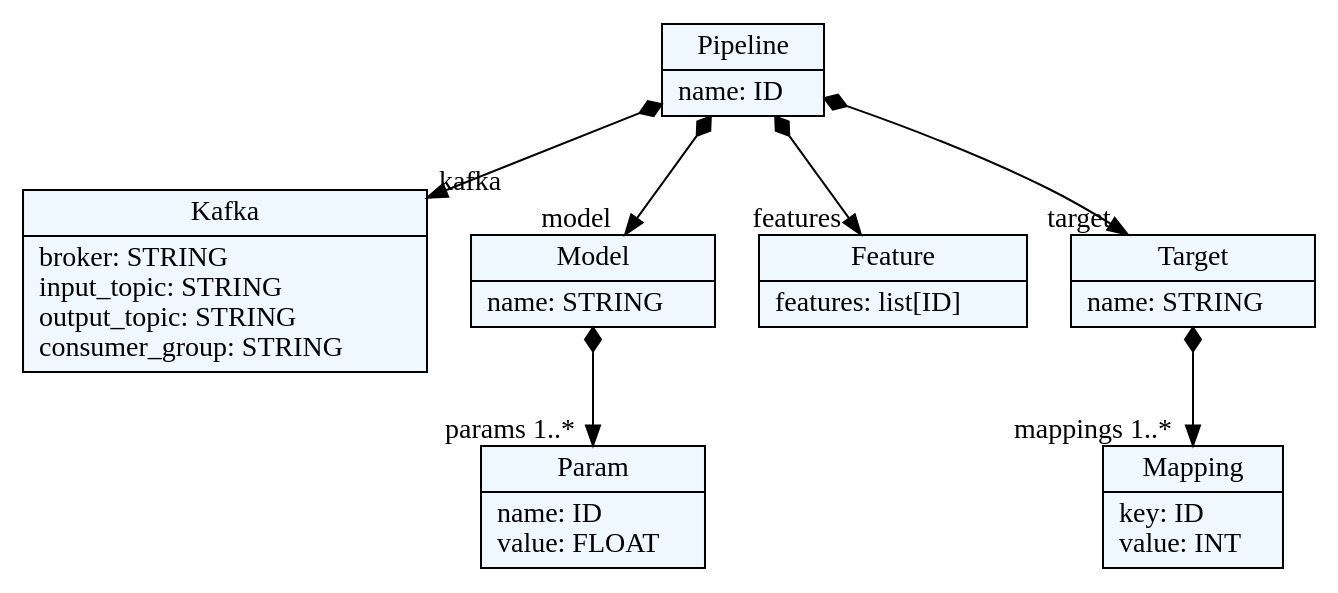
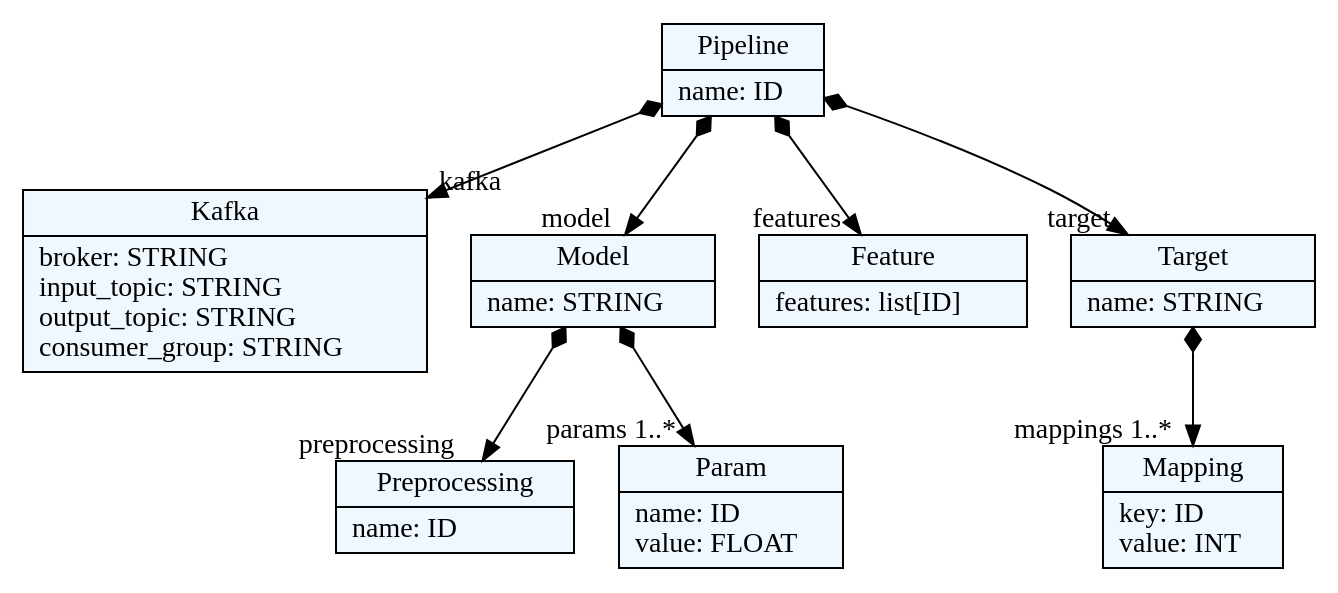
One commit to deepblue597/beaver changed the diagram in wikimedia_dsl/jsl.dot. Above: the diagram before and after it, drawn with Graphviz. The commit also changed 4 other files, not shown here.

```diff
--- a/wikimedia_dsl/jsl.dot
+++ b/wikimedia_dsl/jsl.dot
@@ -1,37 +1,40 @@
 
     digraph textX {
     fontname = "Bitstream Vera Sans"
     fontsize = 8
     node[
         shape=record,
         style=filled,
         fillcolor=aliceblue
     ]
     nodesep = 0.3
     edge[dir=black,arrowtail=empty]
 
 
-127984930976208[ label="{Pipeline|name: ID\l}"]
+132042995751616[ label="{Pipeline|name: ID\l}"]
 
-127984930976256[ label="{Kafka|broker: STRING\linput_topic: STRING\loutput_topic: STRING\lconsumer_group: STRING\l}"]
+132042995749408[ label="{Kafka|broker: STRING\linput_topic: STRING\loutput_topic: STRING\lconsumer_group: STRING\l}"]
 
-127984930968768[ label="{Model|name: STRING\l}"]
+132042995747344[ label="{Model|name: STRING\l}"]
 
-127984930967328[ label="{Param|name: ID\lvalue: FLOAT\l}"]
+132042995744992[ label="{Preprocessing|name: ID\l}"]
 
-127984939710560[ label="{Feature|features: list[ID]\l}"]
+132042995749072[ label="{Param|name: ID\lvalue: FLOAT\l}"]
 
-127984931080288[ label="{Target|name: STRING\l}"]
+132042995878080[ label="{Feature|features: list[ID]\l}"]
 
-127984939513664[ label="{Mapping|key: ID\lvalue: INT\l}"]
+132042995878320[ label="{Target|name: STRING\l}"]
+
+132042995878656[ label="{Mapping|key: ID\lvalue: INT\l}"]
 
 
 
-127984930976208 -> 127984930976256[arrowtail=diamond, dir=both, headlabel="kafka "]
-127984930976208 -> 127984930968768[arrowtail=diamond, dir=both, headlabel="model "]
-127984930976208 -> 127984939710560[arrowtail=diamond, dir=both, headlabel="features "]
-127984930976208 -> 127984931080288[arrowtail=diamond, dir=both, headlabel="target "]
-127984930968768 -> 127984930967328[arrowtail=diamond, dir=both, headlabel="params 1..*"]
-127984931080288 -> 127984939513664[arrowtail=diamond, dir=both, headlabel="mappings 1..*"]
+132042995751616 -> 132042995749408[arrowtail=diamond, dir=both, headlabel="kafka "]
+132042995751616 -> 132042995747344[arrowtail=diamond, dir=both, headlabel="model "]
+132042995751616 -> 132042995878080[arrowtail=diamond, dir=both, headlabel="features "]
+132042995751616 -> 132042995878320[arrowtail=diamond, dir=both, headlabel="target "]
+132042995747344 -> 132042995744992[arrowtail=diamond, dir=both, headlabel="preprocessing "]
+132042995747344 -> 132042995749072[arrowtail=diamond, dir=both, headlabel="params 1..*"]
+132042995878320 -> 132042995878656[arrowtail=diamond, dir=both, headlabel="mappings 1..*"]
 
 }
```
